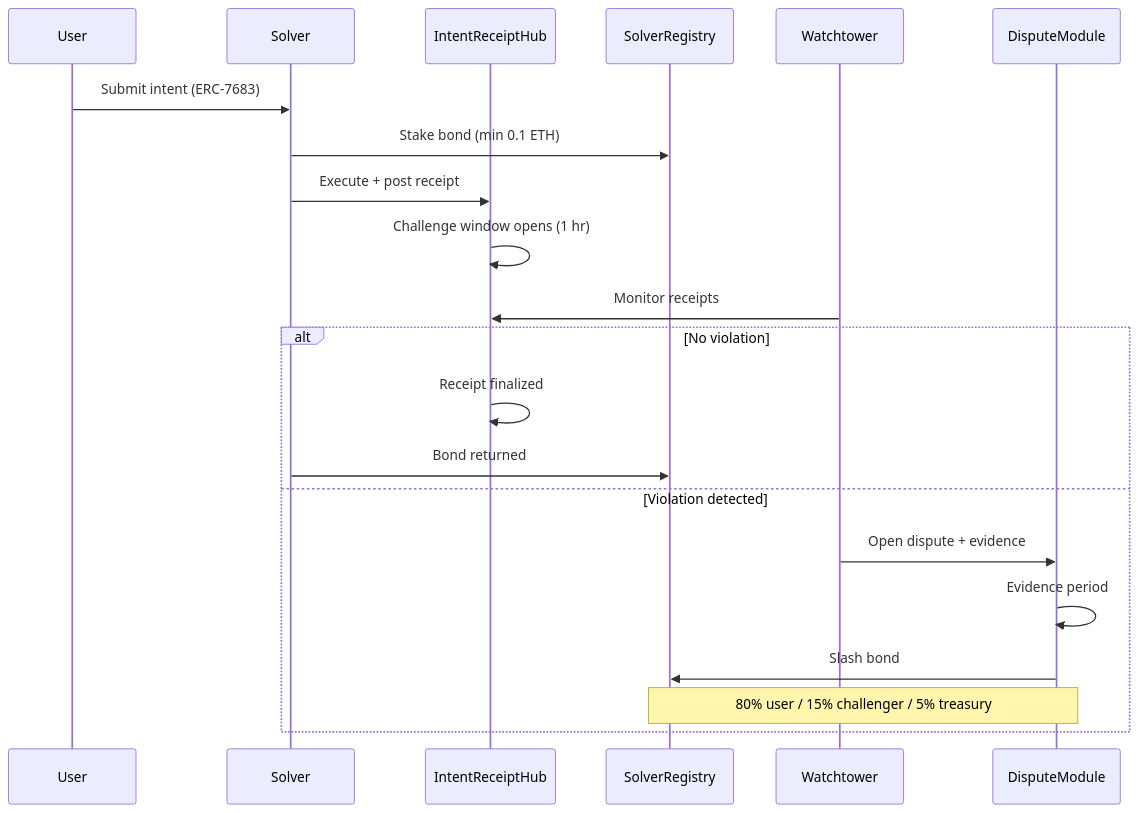
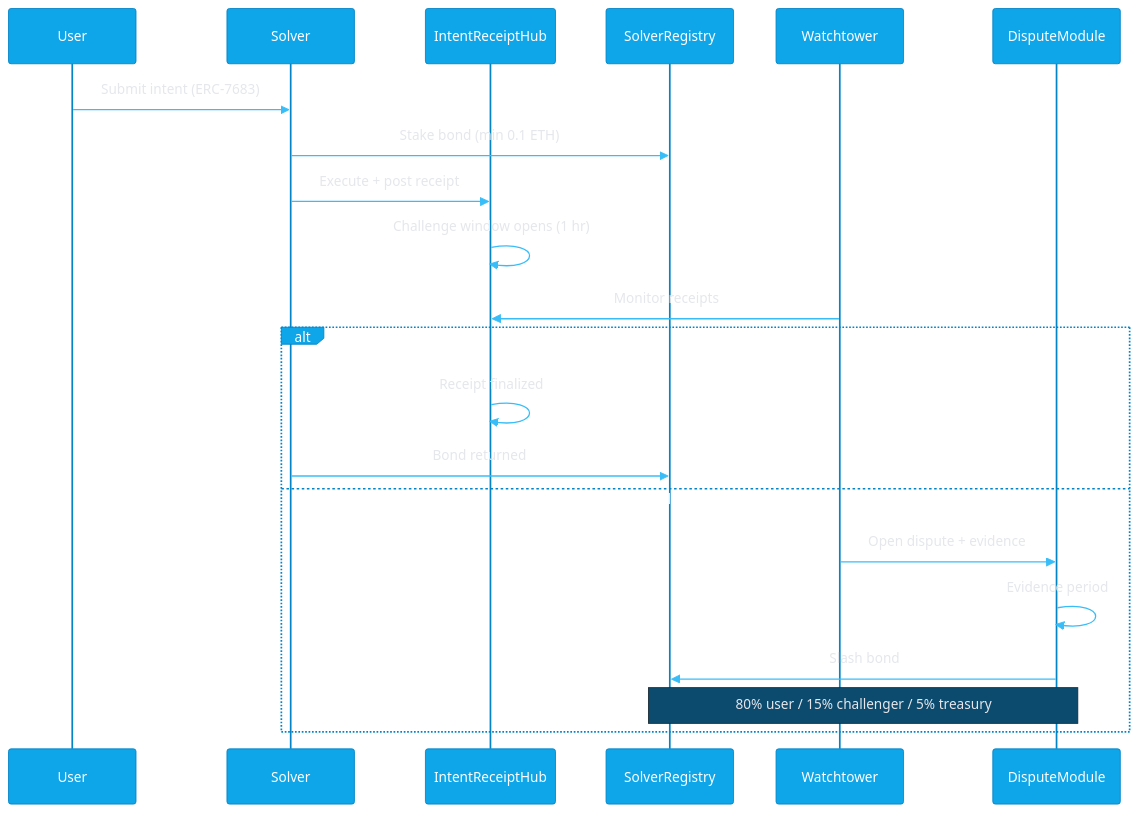
Before and after one commit to intent-solutions-io/irsb-workspace: the first of 2 diagrams in README.md, drawn with Mermaid. The commit also changed other lines of this file and 2 other files, not shown here.

First line of the commit message:
docs: upgrade README with branded SVG banners, badges, and themed Mermaid diagrams

````diff
--- a/README.md
+++ b/README.md
@@ -9,24 +22,41 @@
 ```mermaid
+%%{init: {'theme': 'base', 'themeVariables': {
+  'primaryColor': '#0ea5e9',
+  'primaryBorderColor': '#0284c7',
+  'primaryTextColor': '#ffffff',
+  'lineColor': '#38bdf8',
+  'secondaryColor': '#0c1929',
+  'tertiaryColor': '#e5e7eb',
+  'noteBkgColor': '#0c4a6e',
+  'noteTextColor': '#e5e7eb',
+  'actorBkg': '#0ea5e9',
+  'actorBorder': '#0284c7',
+  'actorTextColor': '#ffffff',
+  'signalColor': '#38bdf8',
+  'signalTextColor': '#e5e7eb',
+  'activationBkgColor': '#0c4a6e',
+  'activationBorderColor': '#0ea5e9'
+}}}%%
 sequenceDiagram
     participant U as User
     participant S as Solver
     participant R as IntentReceiptHub
     participant B as SolverRegistry
     participant W as Watchtower
     participant D as DisputeModule
 
     U->>S: Submit intent (ERC-7683)
     S->>B: Stake bond (min 0.1 ETH)
     S->>R: Execute + post receipt
     R->>R: Challenge window opens (1 hr)
     W->>R: Monitor receipts
     alt No violation
         R->>R: Receipt finalized
         S->>B: Bond returned
     else Violation detected
         W->>D: Open dispute + evidence
         D->>D: Evidence period
         D->>B: Slash bond
         Note over D,B: 80% user / 15% challenger / 5% treasury
     end
 ```
````
